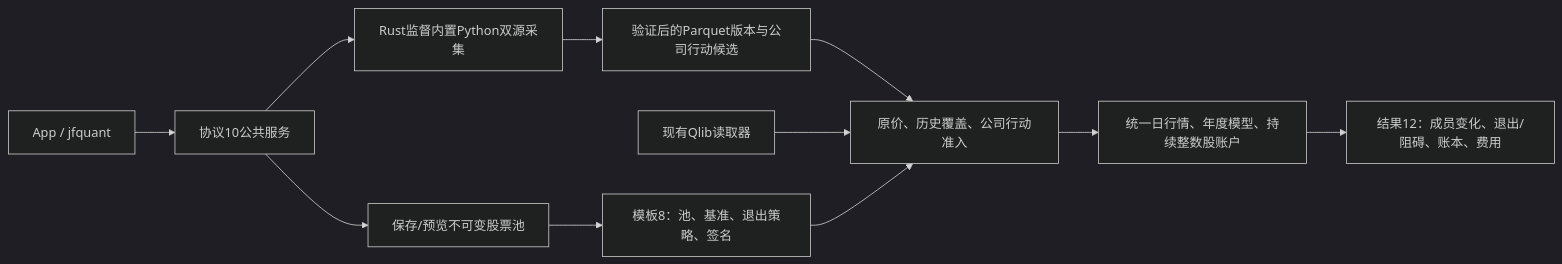
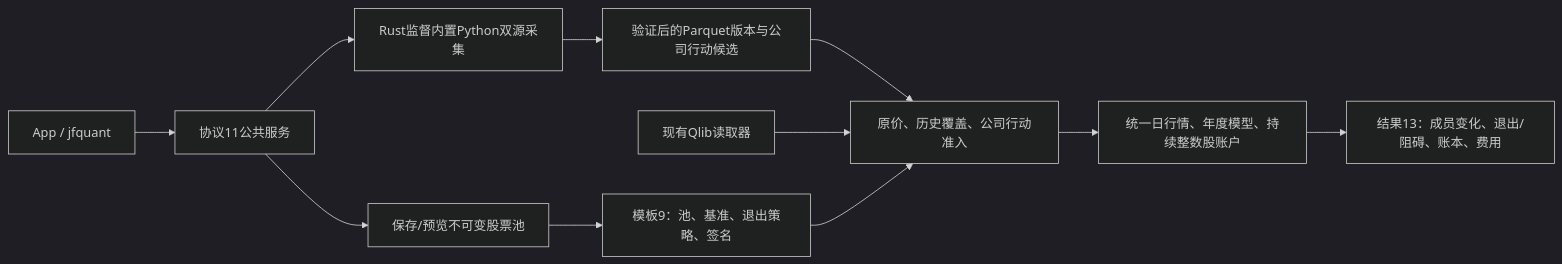
The second of 4 diagrams in crates/ml/src/README.md (Dennishaha/JFQuant), drawn with Mermaid (dark theme) before and after one commit. The commit also changed other lines of this file and 78 other files, not shown here.

````diff
--- a/crates/ml/src/README.md
+++ b/crates/ml/src/README.md
@@ -57,13 +57,13 @@
 ```mermaid
 flowchart LR
-  CLIENT["App / jfquant"] --> SERVICE["协议10公共服务"]
+  CLIENT["App / jfquant"] --> SERVICE["协议11公共服务"]
   SERVICE --> POOL["保存/预览不可变股票池"]
   SERVICE --> COLLECT["Rust监督内置Python双源采集"]
   COLLECT --> SNAPSHOT["验证后的Parquet版本与公司行动候选"]
-  POOL --> FREEZE["模板8：池、基准、退出策略、签名"]
+  POOL --> FREEZE["模板9：池、基准、退出策略、签名"]
   SNAPSHOT --> READY["原价、历史覆盖、公司行动准入"]
   QLIB["现有Qlib读取器"] --> READY
   FREEZE --> READY
   READY --> RESEARCH["统一日行情、年度模型、持续整数股账户"]
-  RESEARCH --> RESULT["结果12：成员变化、退出/阻碍、账本、费用"]
+  RESEARCH --> RESULT["结果13：成员变化、退出/阻碍、账本、费用"]
 ```
````
